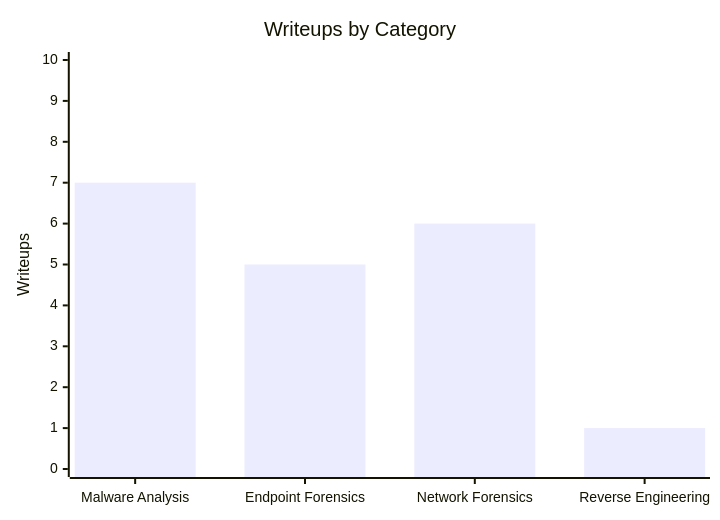
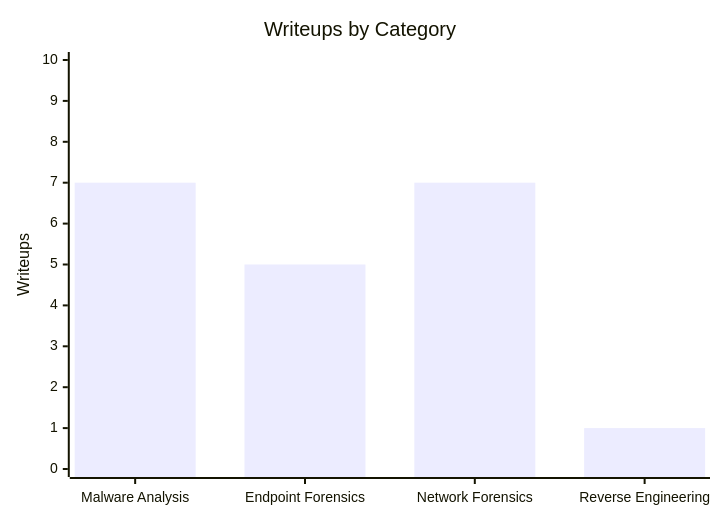
Before and after one commit to FrancisVillalon/cyberdefender-writeups: the diagram in README.md, drawn with Mermaid. The commit also changed other lines of this file and 12 other files, not shown here.

````diff
--- a/README.md
+++ b/README.md
@@ -7,7 +7,7 @@
 ```mermaid
 xychart-beta
     title "Writeups by Category"
     x-axis ["Malware Analysis", "Endpoint Forensics", "Network Forensics", "Reverse Engineering"]
     y-axis "Writeups" 0 --> 10
-    bar [7, 5, 6, 1]
+    bar [7, 5, 7, 1]
 ```
````
